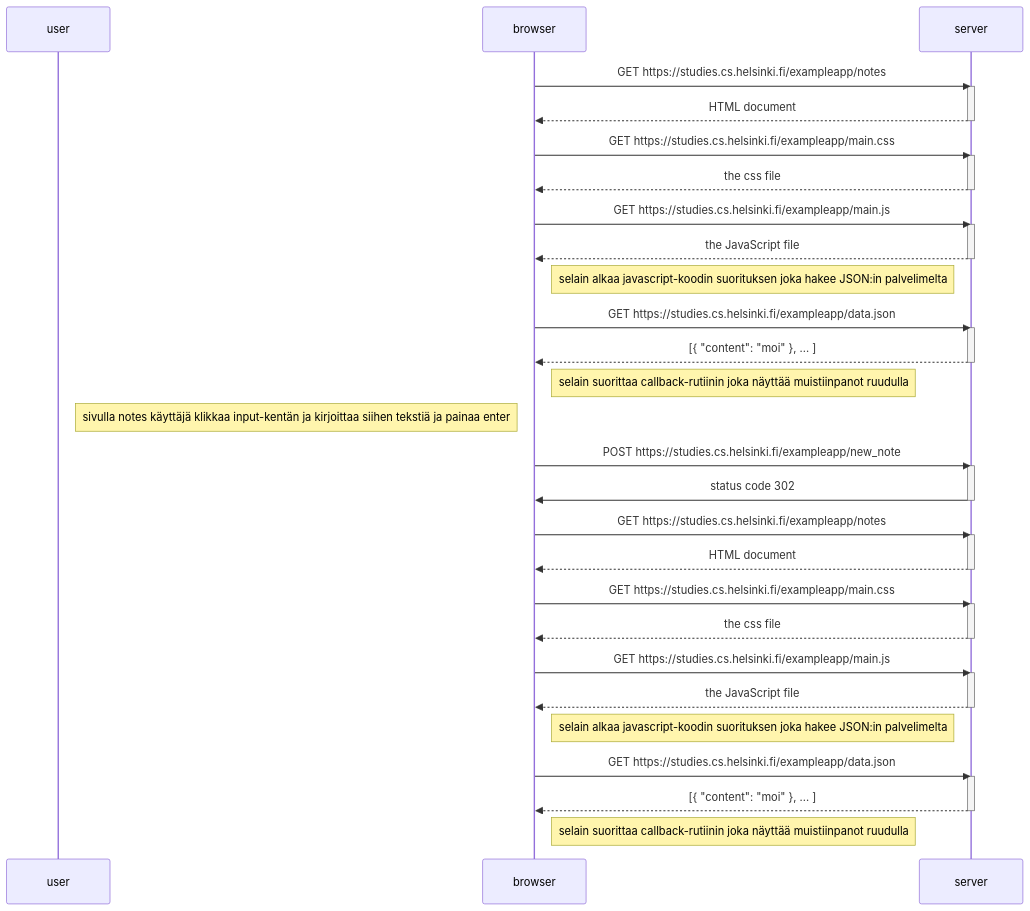
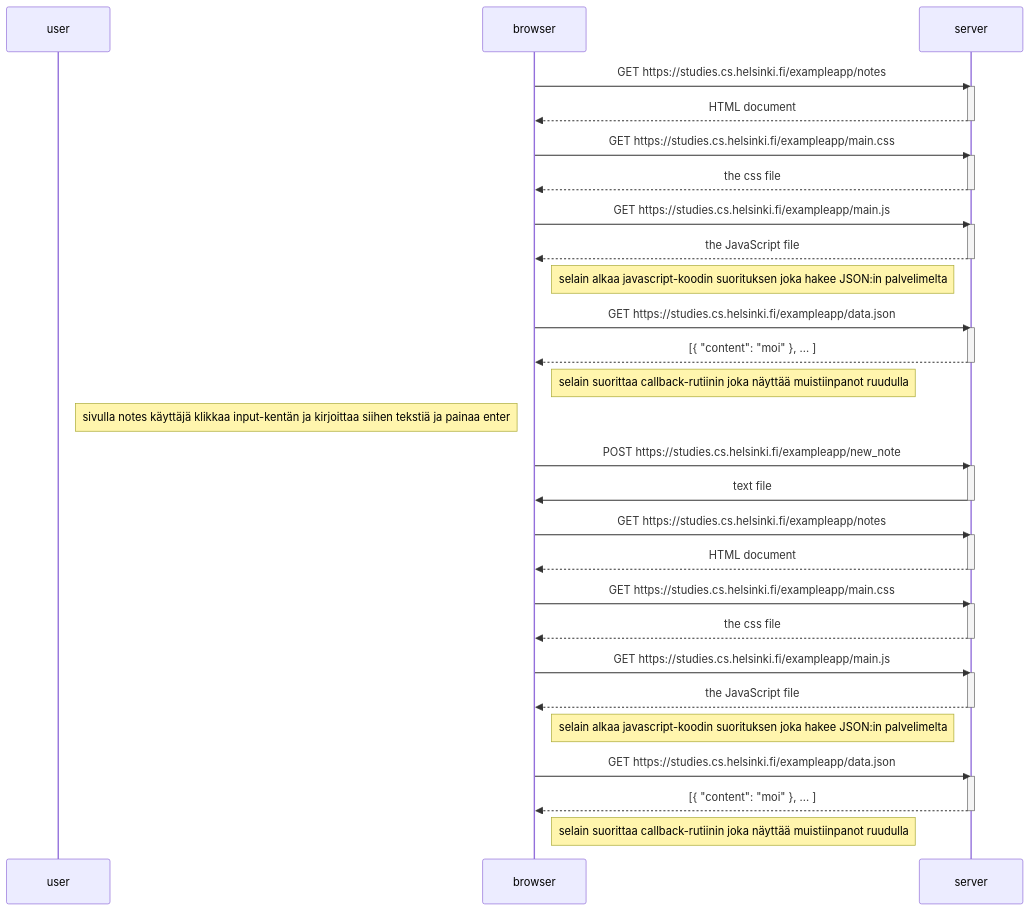
The diagram in mermaid-test6.md (moocjsi/mooc-harj03), drawn with Mermaid before and after one commit.

````diff
--- a/mermaid-test6.md
+++ b/mermaid-test6.md
@@ -1,63 +1,63 @@
 ```mermaid
 sequenceDiagram
     participant user
     participant browser
     participant server
     
     browser->>server: GET https://studies.cs.helsinki.fi/exampleapp/notes
     activate server
     server-->>browser: HTML document
     deactivate server
 
     browser->>server: GET https://studies.cs.helsinki.fi/exampleapp/main.css
     activate server
     server-->>browser: the css file
     deactivate server
 
     browser->>server: GET https://studies.cs.helsinki.fi/exampleapp/main.js
     activate server
     server-->>browser: the JavaScript file
     deactivate server
 
     Note right of browser: selain alkaa  javascript-koodin suorituksen joka hakee JSON:in palvelimelta
 
     browser->>server: GET https://studies.cs.helsinki.fi/exampleapp/data.json
     activate server
     server-->>browser: [{ "content": "moi" }, ... ]
     deactivate server
 
     Note right of browser: selain suorittaa callback-rutiinin joka näyttää muistiinpanot ruudulla
 
     Note right of user: sivulla notes käyttäjä klikkaa input-kentän ja kirjoittaa siihen tekstiä ja painaa enter
 
     browser->>server: POST https://studies.cs.helsinki.fi/exampleapp/new_note
     activate server
-    server->>browser: status code 302
+    server->>browser: text file
     deactivate server
 
     browser->>server: GET https://studies.cs.helsinki.fi/exampleapp/notes
     activate server
     server-->>browser: HTML document
     deactivate server
 
     browser->>server: GET https://studies.cs.helsinki.fi/exampleapp/main.css
     activate server
     server-->>browser: the css file
     deactivate server
 
     browser->>server: GET https://studies.cs.helsinki.fi/exampleapp/main.js
     activate server
     server-->>browser: the JavaScript file
     deactivate server
 
     Note right of browser: selain alkaa  javascript-koodin suorituksen joka hakee JSON:in palvelimelta
 
     browser->>server: GET https://studies.cs.helsinki.fi/exampleapp/data.json
     activate server
     server-->>browser: [{ "content": "moi" }, ... ]
     deactivate server
 
     Note right of browser: selain suorittaa callback-rutiinin joka näyttää muistiinpanot ruudulla
 
 
 ```
````
